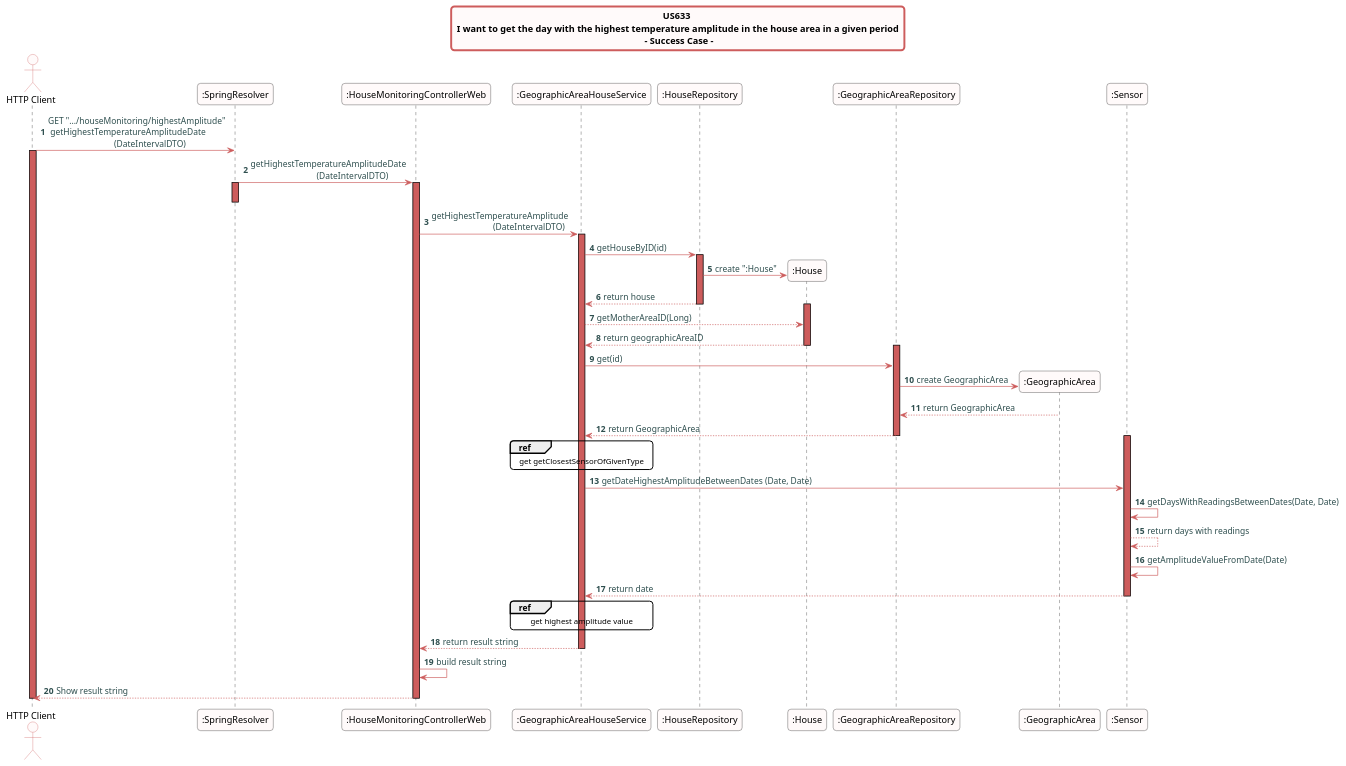
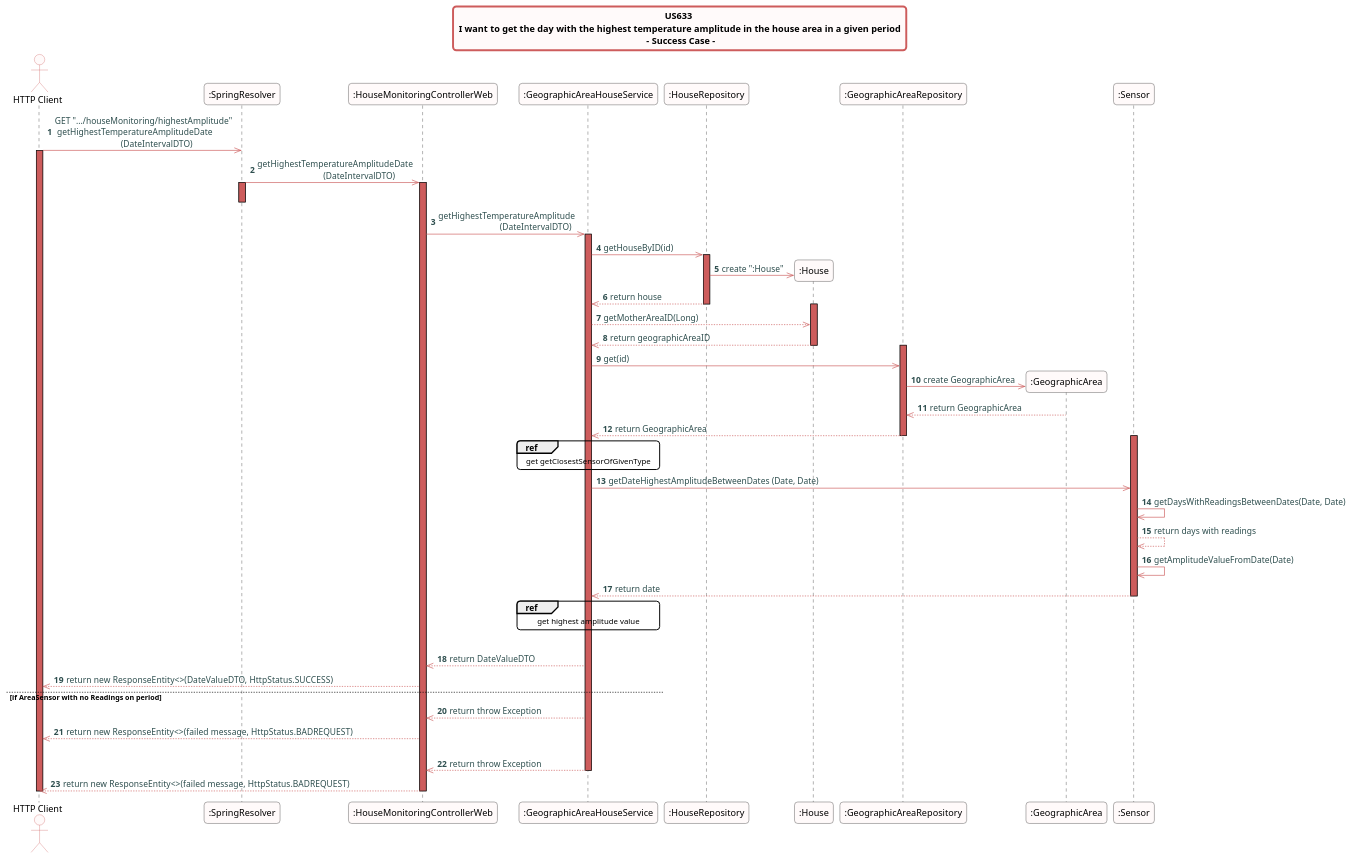
One commit to Almadanmp/project changed the diagram in src/doc/WEB_Controllers/HouseMonitoring/US633/US633_sd_HouseMonitoring.puml. Above: the diagram before and after it, drawn with PlantUML.

Commit message:
REF #372 updates sequence Diagram - US633

```diff
--- a/src/doc/WEB_Controllers/HouseMonitoring/US633/US633_sd_HouseMonitoring.puml
+++ b/src/doc/WEB_Controllers/HouseMonitoring/US633/US633_sd_HouseMonitoring.puml
@@ -1,85 +1,88 @@
 @startuml
 skinparam titleBorderRoundCorner 10
 skinparam titleBorderThickness 3
 skinparam titleBorderColor indianred
 skinparam titleBackgroundColor snow
 skinparam FontName quicksand
 
 skinparam actor {
   BorderColor indianred
   backgroundColor Snow
   }
 
 skinparam sequence {
   LifeLineBackgroundColor indianred
   ParticipantBackgroundColor snow
 }
 
 skinparam roundcorner 10
 
 skinparam component {
   arrowThickness 1
   ArrowFontName Verdana
   ArrowColor indianred
   ArrowFontColor darkslategrey
 }
 
 
 title US633 \n I want to get the day with the highest temperature amplitude in the house area in a given period \n - Success Case -
 
 autonumber
 
 actor "HTTP Client"
 
 
-"HTTP Client" -> ":SpringResolver":  GET ".../houseMonitoring/highestAmplitude" \n getHighestTemperatureAmplitudeDate \n                              (DateIntervalDTO)
+"HTTP Client" ->> ":SpringResolver":  GET ".../houseMonitoring/highestAmplitude" \n getHighestTemperatureAmplitudeDate \n                              (DateIntervalDTO)
 activate "HTTP Client"
-":SpringResolver" -> ":HouseMonitoringControllerWeb": getHighestTemperatureAmplitudeDate \n                              (DateIntervalDTO)
+":SpringResolver" ->> ":HouseMonitoringControllerWeb": getHighestTemperatureAmplitudeDate \n                              (DateIntervalDTO)
 activate ":SpringResolver"
 activate ":HouseMonitoringControllerWeb"
 deactivate ":SpringResolver"
-":HouseMonitoringControllerWeb" -> ":GeographicAreaHouseService": getHighestTemperatureAmplitude \n                            (DateIntervalDTO)
+":HouseMonitoringControllerWeb" ->> ":GeographicAreaHouseService": getHighestTemperatureAmplitude \n                            (DateIntervalDTO)
 activate ":GeographicAreaHouseService"
-":GeographicAreaHouseService" -> ":HouseRepository": getHouseByID(id)
+":GeographicAreaHouseService" ->> ":HouseRepository": getHouseByID(id)
 create ":House"
 activate ":HouseRepository"
 
-":HouseRepository" -> ":House" : create ":House"
-":HouseRepository" --> ":GeographicAreaHouseService": return house
+":HouseRepository" ->> ":House" : create ":House"
+":HouseRepository" -->> ":GeographicAreaHouseService": return house
 deactivate ":HouseRepository"
 activate ":House"
-":GeographicAreaHouseService" --> ":House": getMotherAreaID(Long)
-":House" --> ":GeographicAreaHouseService": return geographicAreaID
+":GeographicAreaHouseService" -->> ":House": getMotherAreaID(Long)
+":House" -->> ":GeographicAreaHouseService": return geographicAreaID
 deactivate ":House"
 activate ":GeographicAreaRepository"
-":GeographicAreaHouseService" -> ":GeographicAreaRepository": get(id)
+":GeographicAreaHouseService" ->> ":GeographicAreaRepository": get(id)
 create ":GeographicArea"
-":GeographicAreaRepository" -> ":GeographicArea": create GeographicArea
-":GeographicArea" --> ":GeographicAreaRepository": return GeographicArea
-":GeographicAreaRepository" --> ":GeographicAreaHouseService": return GeographicArea
+":GeographicAreaRepository" ->> ":GeographicArea": create GeographicArea
+":GeographicArea" -->> ":GeographicAreaRepository": return GeographicArea
+":GeographicAreaRepository" -->> ":GeographicAreaHouseService": return GeographicArea
 deactivate ":GeographicAreaRepository"
 ref over ":GeographicAreaHouseService"
 get getClosestSensorOfGivenType
 end ref
 activate ":Sensor"
-":GeographicAreaHouseService" -> ":Sensor": getDateHighestAmplitudeBetweenDates (Date, Date)
-":Sensor"->":Sensor": getDaysWithReadingsBetweenDates(Date, Date)
-":Sensor"-->":Sensor": return days with readings
-":Sensor"->":Sensor": getAmplitudeValueFromDate(Date)
-":Sensor" --> ":GeographicAreaHouseService": return date
+":GeographicAreaHouseService" ->> ":Sensor": getDateHighestAmplitudeBetweenDates (Date, Date)
+":Sensor"->>":Sensor": getDaysWithReadingsBetweenDates(Date, Date)
+":Sensor"-->>":Sensor": return days with readings
+":Sensor"->>":Sensor": getAmplitudeValueFromDate(Date)
+":Sensor" -->> ":GeographicAreaHouseService": return date
 deactivate ":Sensor"
 ref over ":GeographicAreaHouseService"
 get highest amplitude value
 end ref
-":GeographicAreaHouseService" --> ":HouseMonitoringControllerWeb": return result string
+
+alt AreaSensor with Readings (SUCCESS)
+":GeographicAreaHouseService" -->> ":HouseMonitoringControllerWeb": return DateValueDTO
+":HouseMonitoringControllerWeb" -->> "HTTP Client": return  new ResponseEntity<>(DateValueDTO, HttpStatus.SUCCESS)
+else if AreaSensor with no Readings on period
+":GeographicAreaHouseService" -->> ":HouseMonitoringControllerWeb": return throw Exception
+":HouseMonitoringControllerWeb" -->> "HTTP Client": return  new ResponseEntity<>(failed message, HttpStatus.BADREQUEST)
+else if Malformed date input
+":GeographicAreaHouseService" -->> ":HouseMonitoringControllerWeb": return throw Exception
 deactivate ":GeographicAreaHouseService"
+":HouseMonitoringControllerWeb" -->> "HTTP Client": return  new ResponseEntity<>(failed message, HttpStatus.BADREQUEST)
 
-":HouseMonitoringControllerWeb" -> ":HouseMonitoringControllerWeb": build result string
-
-":HouseMonitoringControllerWeb" --> "HTTP Client": Show result string
 deactivate ":HouseMonitoringControllerWeb"
-
 deactivate "HTTP Client"
-
-
 @enduml
```
